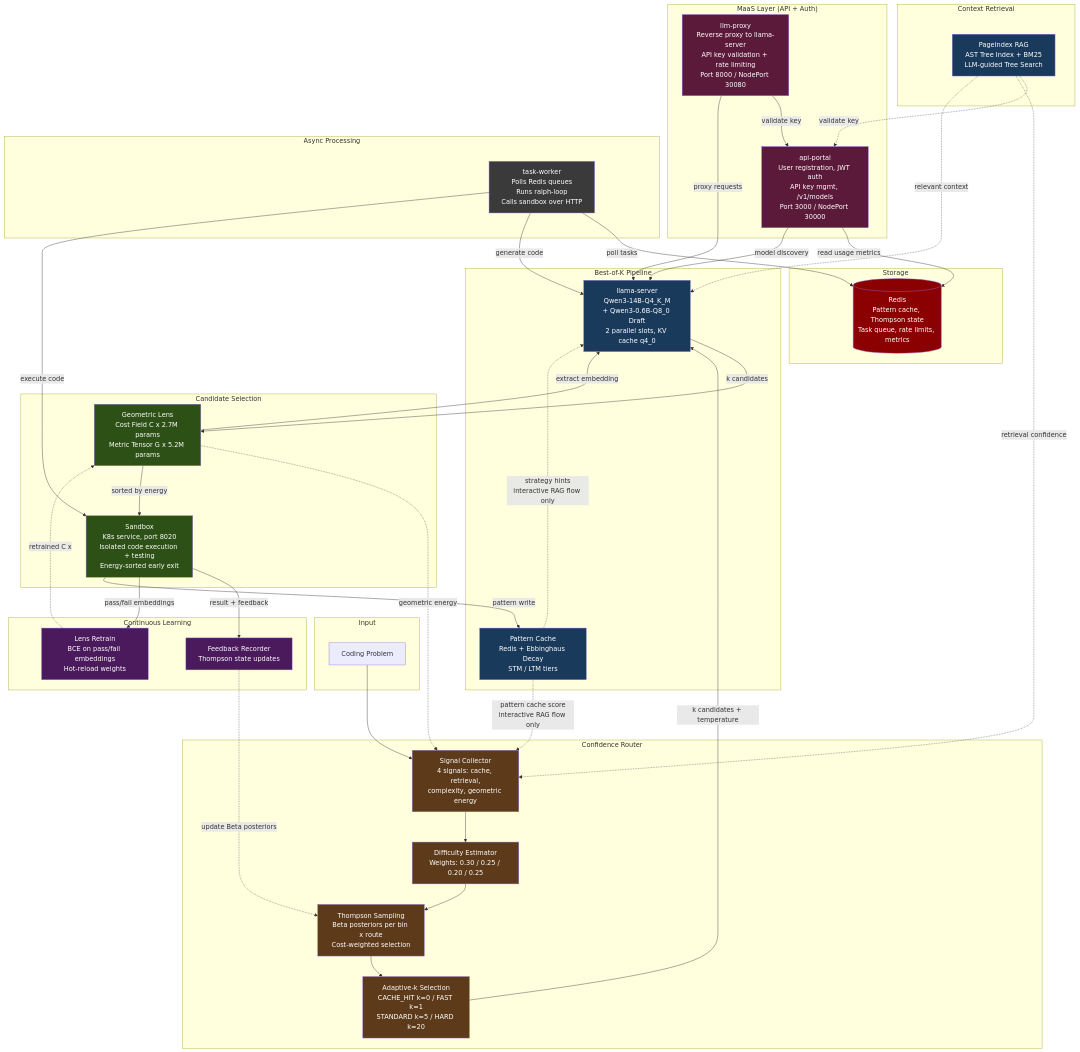
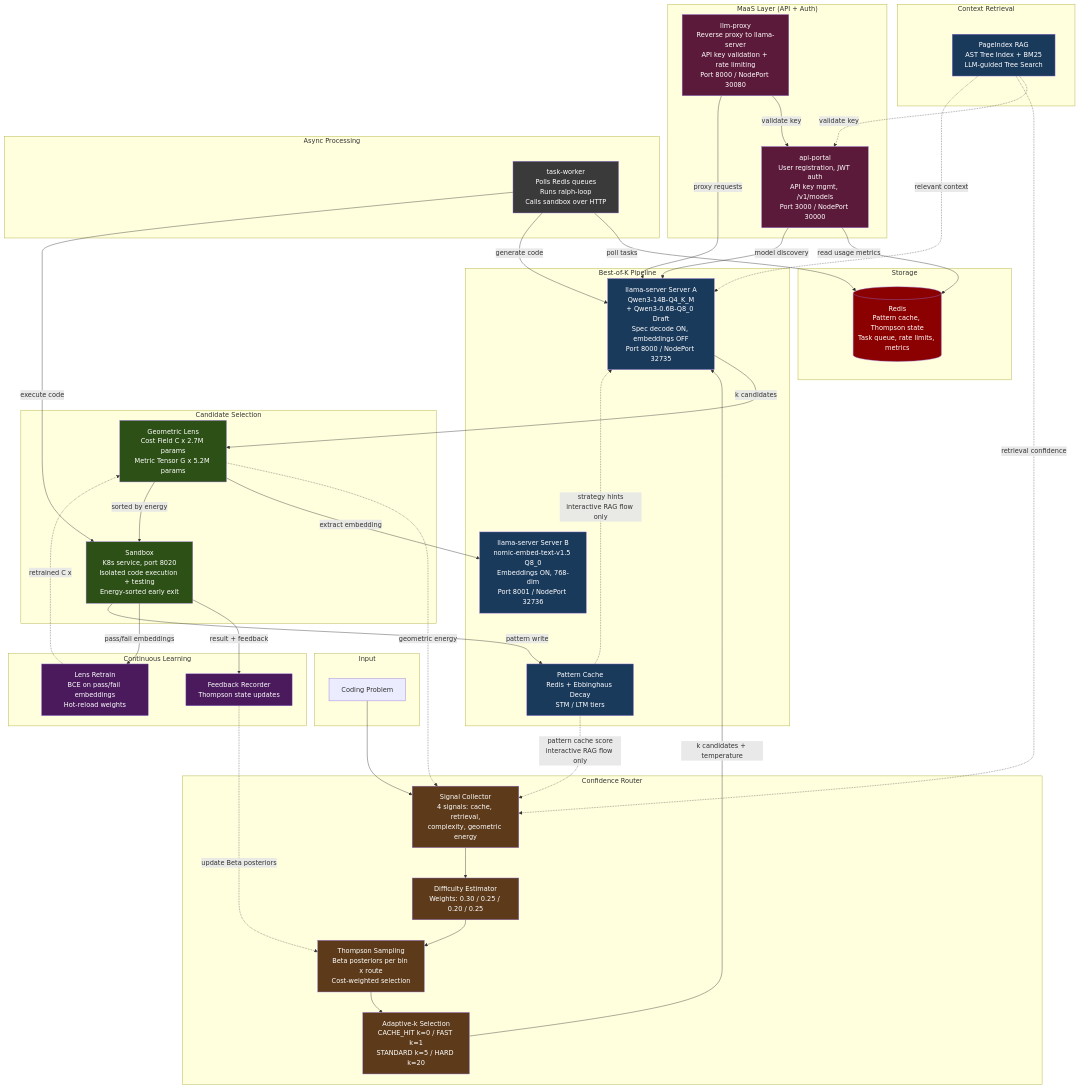
The diagram in docs/architecture-diagram.md (itigges22/ATLAS), drawn with Mermaid before and after one commit. The commit also changed other lines of this file and 16 other files, not shown here.

First line of the commit message:
V2.5: Ablation study + two-server architecture for spec decode compatibility

````diff
--- a/docs/architecture-diagram.md
+++ b/docs/architecture-diagram.md
@@ -21,7 +21,8 @@
   end
 
   subgraph Generation["Best-of-K Pipeline"]
-    LS[llama-server<br/>Qwen3-14B-Q4_K_M<br/>+ Qwen3-0.6B-Q8_0 Draft<br/>2 parallel slots, KV cache q4_0]
+    LS[llama-server Server A<br/>Qwen3-14B-Q4_K_M<br/>+ Qwen3-0.6B-Q8_0 Draft<br/>Spec decode ON, embeddings OFF<br/>Port 8000 / NodePort 32735]
+    EM[llama-server Server B<br/>nomic-embed-text-v1.5 Q8_0<br/>Embeddings ON, 768-dim<br/>Port 8001 / NodePort 32736]
     PC[Pattern Cache<br/>Redis + Ebbinghaus Decay<br/>STM / LTM tiers]
   end
 
@@ -70,7 +71,7 @@
 
   %% Evaluation flow
   LS -->|k candidates| GL
-  GL -->|extract embedding| LS
+  GL -->|extract embedding| EM
   GL -->|sorted by energy| SB
   SB -->|result + feedback| FR
   SB -->|pass/fail embeddings| RT
@@ -97,5 +98,6 @@
   style FR fill:#4a1a5c,color:#fff
   style RT fill:#4a1a5c,color:#fff
   style TW fill:#3a3a3a,color:#fff
+  style EM fill:#1a3a5c,color:#fff
   style RD fill:#8b0000,color:#fff
 ```
````
